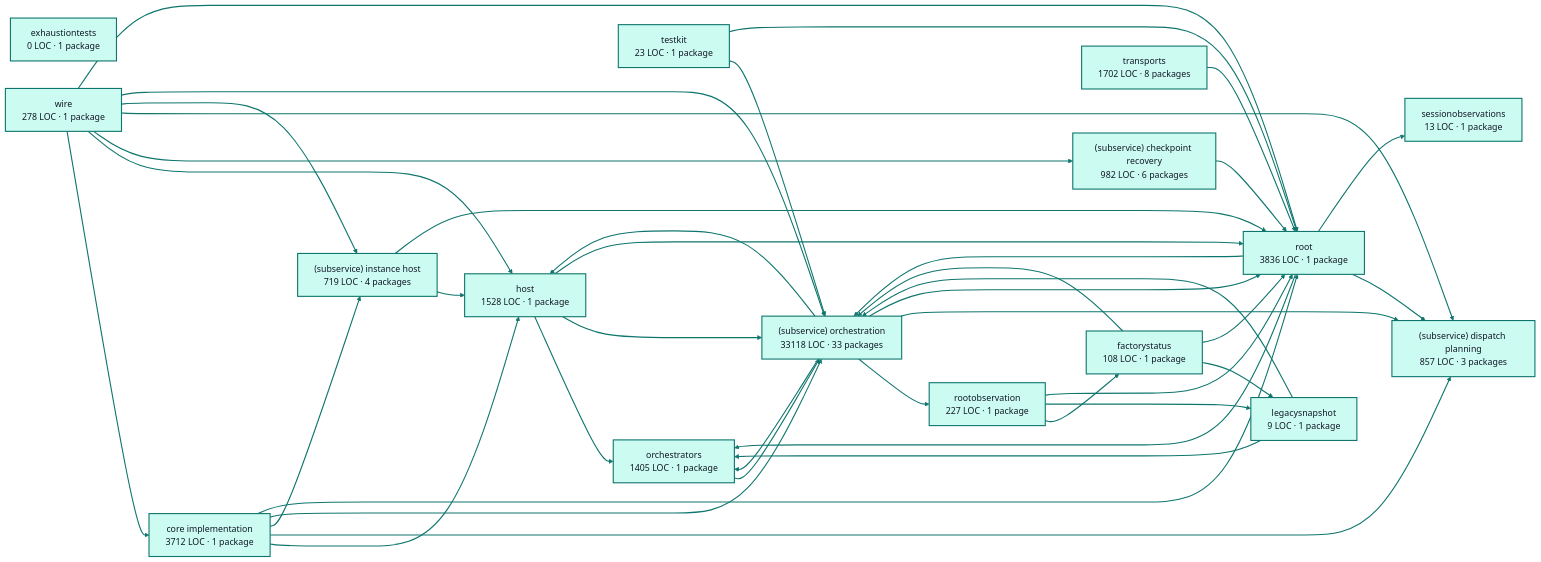
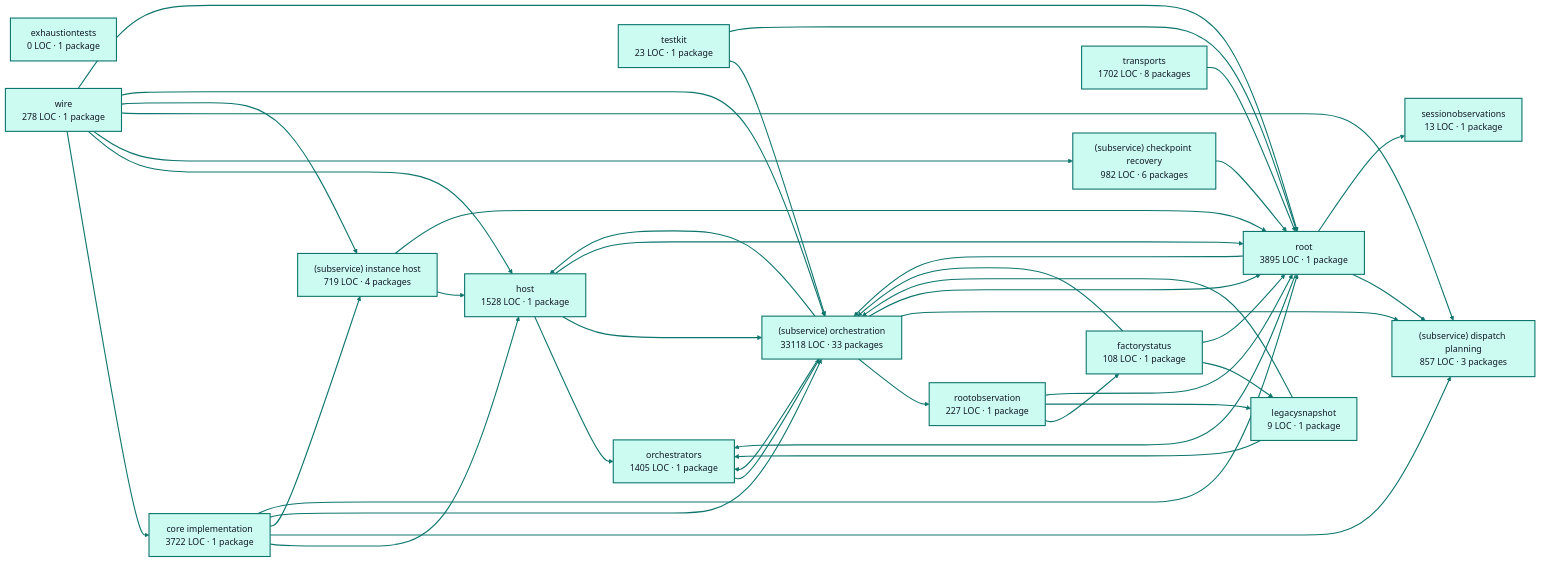
The diagram in docs/architecture/visualizations/services/factory_runtime.md (portpowered/you-agent-factory), drawn with Mermaid before and after one commit. The commit also changed other lines of this file and 20 other files, not shown here.

Commit message:
docs: refresh backend architecture visualizations

````diff
--- a/docs/architecture/visualizations/services/factory_runtime.md
+++ b/docs/architecture/visualizations/services/factory_runtime.md
@@ -11,75 +11,75 @@
 ```mermaid
 flowchart LR
-  p0["core implementation<br/>3712 LOC · 1 package"]
+  p0["core implementation<br/>3722 LOC · 1 package"]
   p1["exhaustiontests<br/>0 LOC · 1 package"]
   p2["factorystatus<br/>108 LOC · 1 package"]
   p3["host<br/>1528 LOC · 1 package"]
   p4["legacysnapshot<br/>9 LOC · 1 package"]
   p5["orchestrators<br/>1405 LOC · 1 package"]
   p6["rootobservation<br/>227 LOC · 1 package"]
   p7["(subservice) checkpoint recovery<br/>982 LOC · 6 packages"]
   p8["(subservice) dispatch planning<br/>857 LOC · 3 packages"]
   p9["(subservice) instance host<br/>719 LOC · 4 packages"]
   p10["(subservice) orchestration<br/>33118 LOC · 33 packages"]
   p11["sessionobservations<br/>13 LOC · 1 package"]
   p12["testkit<br/>23 LOC · 1 package"]
-  p13["root<br/>3836 LOC · 1 package"]
+  p13["root<br/>3895 LOC · 1 package"]
   p14["transports<br/>1702 LOC · 8 packages"]
   p15["wire<br/>278 LOC · 1 package"]
   p0 --> p3
   p0 --> p8
   p0 --> p9
   p0 --> p10
   p0 --> p13
   p2 --> p4
   p2 --> p10
   p2 --> p13
   p3 --> p5
   p3 --> p10
   p3 --> p13
   p4 --> p5
   p4 --> p10
   p5 --> p10
   p6 --> p2
   p6 --> p4
   p6 --> p13
   p7 --> p13
   p9 --> p3
   p9 --> p13
   p10 --> p3
   p10 --> p5
   p10 --> p6
   p10 --> p8
   p10 --> p13
   p12 --> p10
   p12 --> p13
   p13 --> p5
   p13 --> p8
   p13 --> p10
   p13 --> p11
   p14 --> p13
   p15 --> p0
   p15 --> p3
   p15 --> p7
   p15 --> p8
   p15 --> p9
   p15 --> p10
   p15 --> p13
   style p0 fill:#ccfbf1,stroke:#0f766e,stroke-width:2px,color:#111827
   style p1 fill:#ccfbf1,stroke:#0f766e,stroke-width:2px,color:#111827
   style p2 fill:#ccfbf1,stroke:#0f766e,stroke-width:2px,color:#111827
   style p3 fill:#ccfbf1,stroke:#0f766e,stroke-width:2px,color:#111827
   style p4 fill:#ccfbf1,stroke:#0f766e,stroke-width:2px,color:#111827
   style p5 fill:#ccfbf1,stroke:#0f766e,stroke-width:2px,color:#111827
   style p6 fill:#ccfbf1,stroke:#0f766e,stroke-width:2px,color:#111827
   style p7 fill:#ccfbf1,stroke:#0f766e,stroke-width:2px,color:#111827
   style p8 fill:#ccfbf1,stroke:#0f766e,stroke-width:2px,color:#111827
   style p9 fill:#ccfbf1,stroke:#0f766e,stroke-width:2px,color:#111827
   style p10 fill:#ccfbf1,stroke:#0f766e,stroke-width:2px,color:#111827
   style p11 fill:#ccfbf1,stroke:#0f766e,stroke-width:2px,color:#111827
   style p12 fill:#ccfbf1,stroke:#0f766e,stroke-width:2px,color:#111827
   style p13 fill:#ccfbf1,stroke:#0f766e,stroke-width:2px,color:#111827
   style p14 fill:#ccfbf1,stroke:#0f766e,stroke-width:2px,color:#111827
   style p15 fill:#ccfbf1,stroke:#0f766e,stroke-width:2px,color:#111827
   linkStyle default stroke:#0f766e,stroke-width:2px
 ```
````
